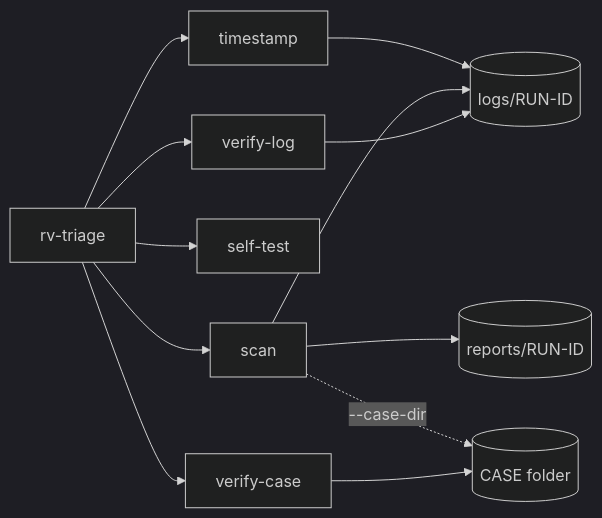
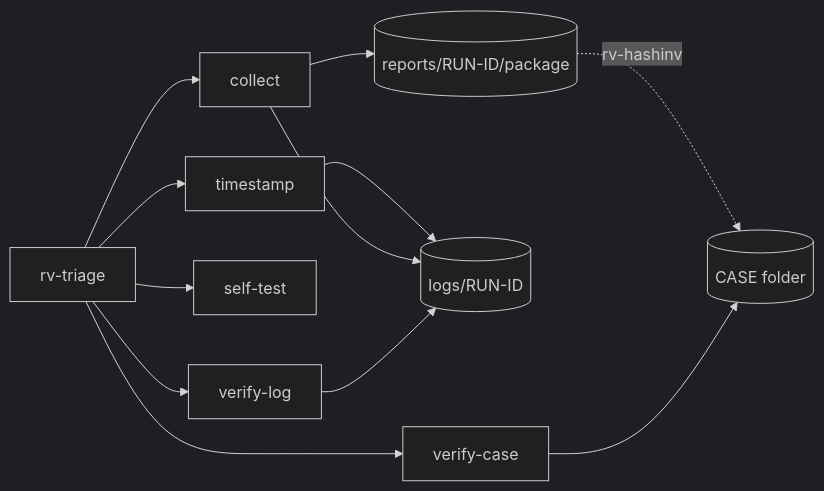
One commit to Panacota96/rv-triage changed the diagram in docs/usage-cli.md. Above: the diagram before and after it, drawn with Mermaid (dark theme). The commit also changed other lines of this file and 85 other files, not shown here.

````diff
--- a/docs/usage-cli.md
+++ b/docs/usage-cli.md
@@ -5,14 +5,14 @@
 ```mermaid
 flowchart LR
-  A[rv-triage] --> B[scan]
+  A[rv-triage] --> B[collect]
   A --> C[verify-log]
   A --> D[self-test]
   A --> T[timestamp]
   A --> V[verify-case]
   T --> E
   B --> E[(logs/RUN-ID)]
-  B --> F[(reports/RUN-ID)]
-  B -. --case-dir .-> K[(CASE folder)]
+  B --> F[(reports/RUN-ID/package)]
+  F -. rv-hashinv .-> K[(CASE folder)]
   V --> K
   C --> E
 ```
````
